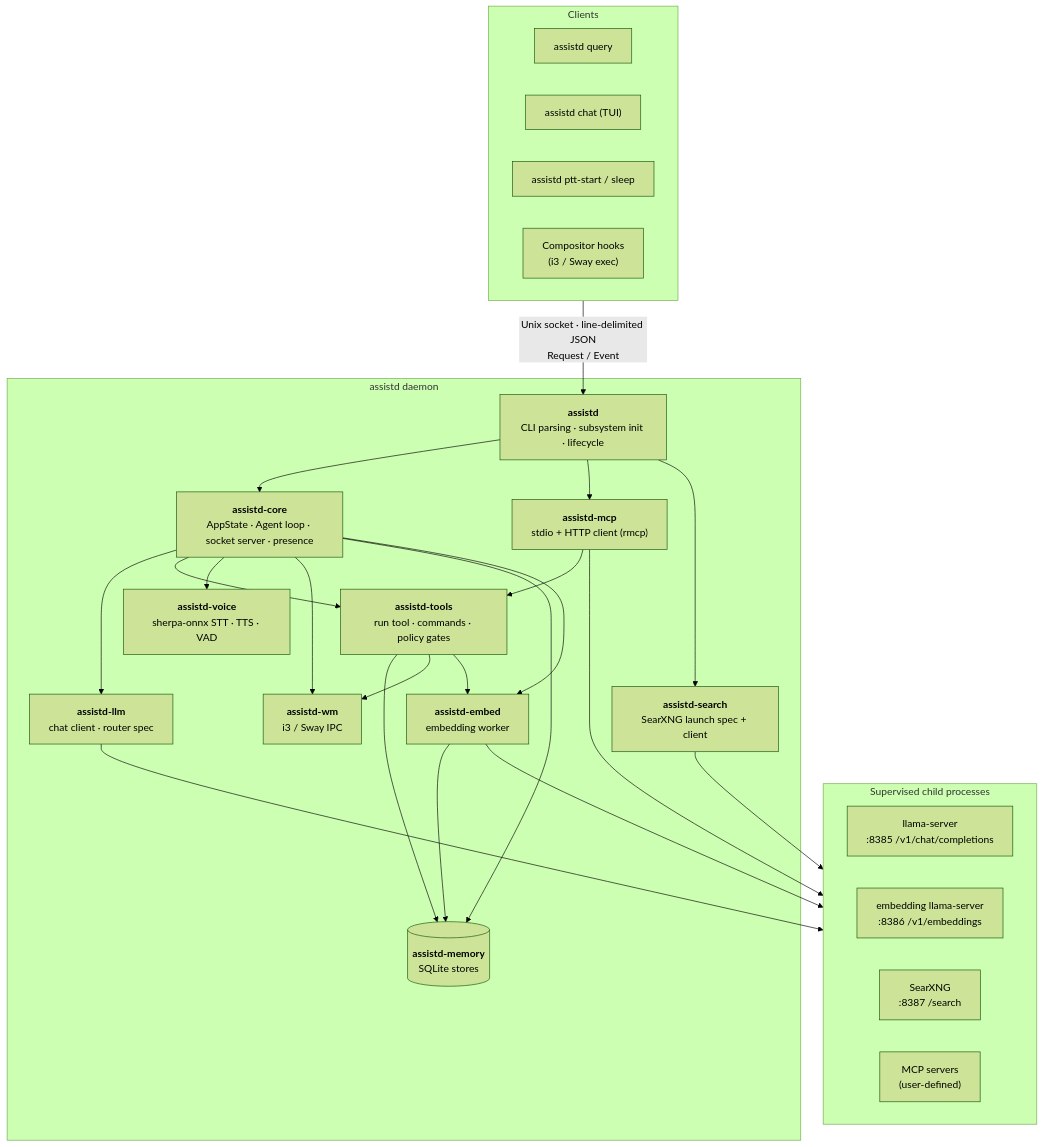
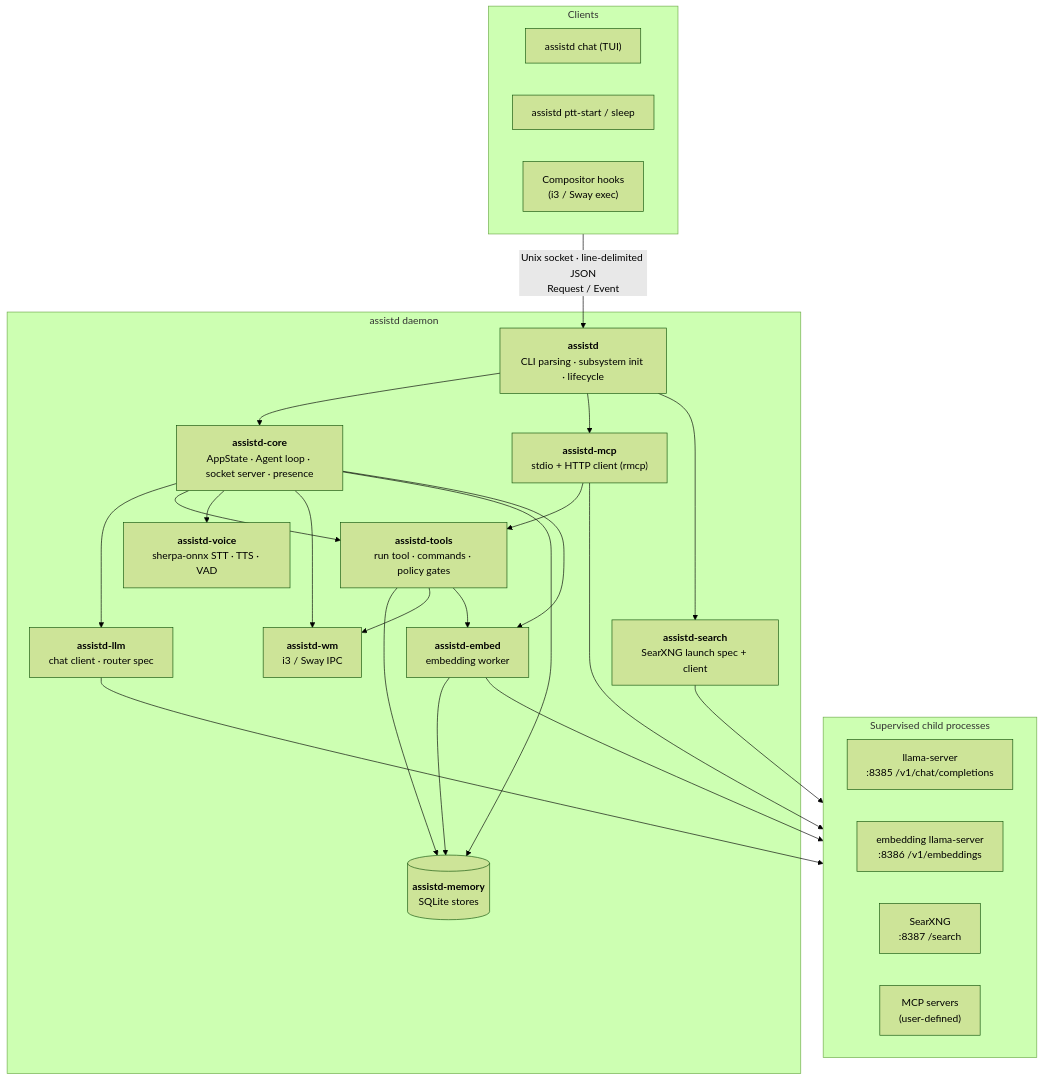
The diagram in docs/architecture.md (gnolruf/assistd), drawn with Mermaid (forest theme) before and after one commit. The commit also changed other lines of this file and 12 other files, not shown here.

First line of the commit message:
Remove the assistd query subcommand and the constructors and image loader only it used (#871) (#879)

````diff
--- a/docs/architecture.md
+++ b/docs/architecture.md
@@ -10,45 +10,44 @@
 ```mermaid
 flowchart TB
     subgraph clients["Clients"]
         direction LR
-        query["assistd query"]
         chat["assistd chat (TUI)"]
         ptt["assistd ptt-start / sleep"]
         hooks["Compositor hooks<br/>(i3 / Sway exec)"]
     end
 
     subgraph daemon["assistd daemon"]
         bin["<b>assistd</b><br/>CLI parsing · subsystem init · lifecycle"]
         core["<b>assistd-core</b><br/>AppState · Agent loop · socket server · presence"]
         llm["<b>assistd-llm</b><br/>chat client · router spec"]
         tools["<b>assistd-tools</b><br/>run tool · commands · policy gates"]
         voice["<b>assistd-voice</b><br/>sherpa-onnx STT · TTS · VAD"]
         wm["<b>assistd-wm</b><br/>i3 / Sway IPC"]
         mcp["<b>assistd-mcp</b><br/>stdio + HTTP client (rmcp)"]
         memory[("<b>assistd-memory</b><br/>SQLite stores")]
         embed["<b>assistd-embed</b><br/>embedding worker"]
         search["<b>assistd-search</b><br/>SearXNG launch spec + client"]
     end
 
     subgraph external["Supervised child processes"]
         direction LR
         llama["llama-server<br/>:8385 /v1/chat/completions"]
         embedsrv["embedding llama-server<br/>:8386 /v1/embeddings"]
         searxng["SearXNG<br/>:8387 /search"]
         mcpsrv["MCP servers<br/>(user-defined)"]
     end
 
     clients -- "Unix socket · line-delimited JSON<br/>Request / Event" --> bin
     bin --> core
     bin --> mcp & search
     core --> llm & tools & voice & wm & memory & embed
     tools --> memory & wm
     mcp --> tools
     embed --> memory
     tools --> embed
 
     llm --> llama
     embed --> embedsrv
     search --> searxng
     mcp --> mcpsrv
 ```
````
